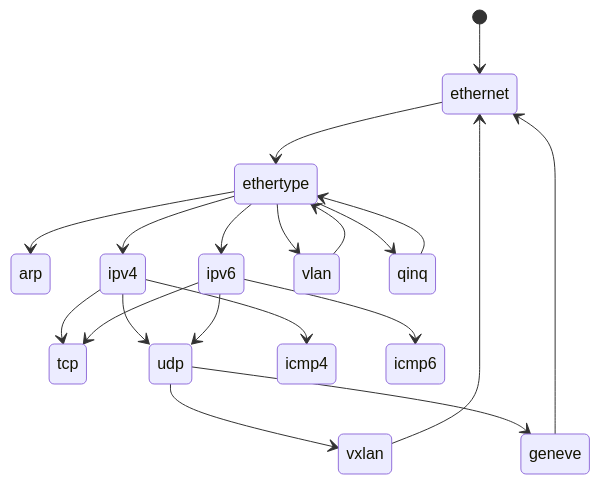
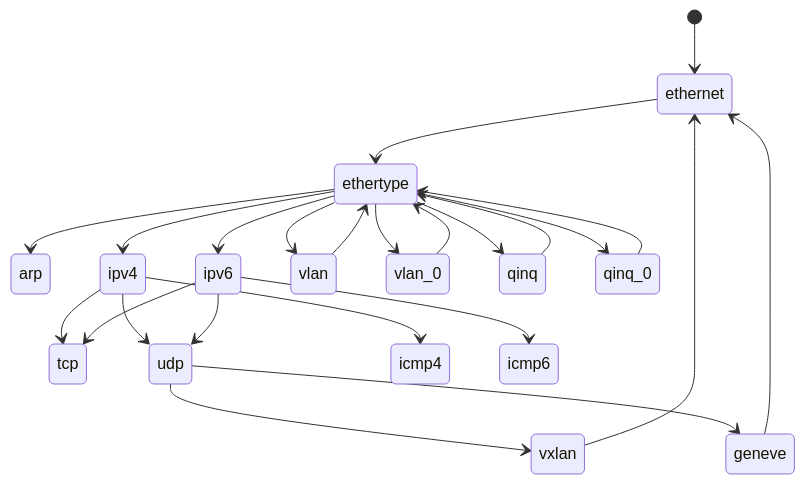
One commit to githedgehog/dataplane changed the diagram in dpdk/src/acl/type-space.mmd. Above: the diagram before and after it, drawn with Mermaid. The commit also changed 3 other files, not shown here.

```diff
--- a/dpdk/src/acl/type-space.mmd
+++ b/dpdk/src/acl/type-space.mmd
@@ -1,21 +1,25 @@
 stateDiagram
     [*] --> ethernet
     ethernet --> ethertype
     ethertype --> arp
     ethertype --> ipv4
     ethertype --> ipv6
     ethertype --> vlan
+    ethertype --> vlan_0
     ethertype --> qinq
+    ethertype --> qinq_0
     vlan --> ethertype
     qinq --> ethertype
+    vlan_0 --> ethertype
+    qinq_0 --> ethertype
     ipv4 --> tcp
     ipv4 --> udp
     ipv4 --> icmp4
     icmp4
     ipv6 --> tcp
     ipv6 --> udp
     ipv6 --> icmp6
     udp --> vxlan
     udp --> geneve
     vxlan --> ethernet
     geneve --> ethernet
```
